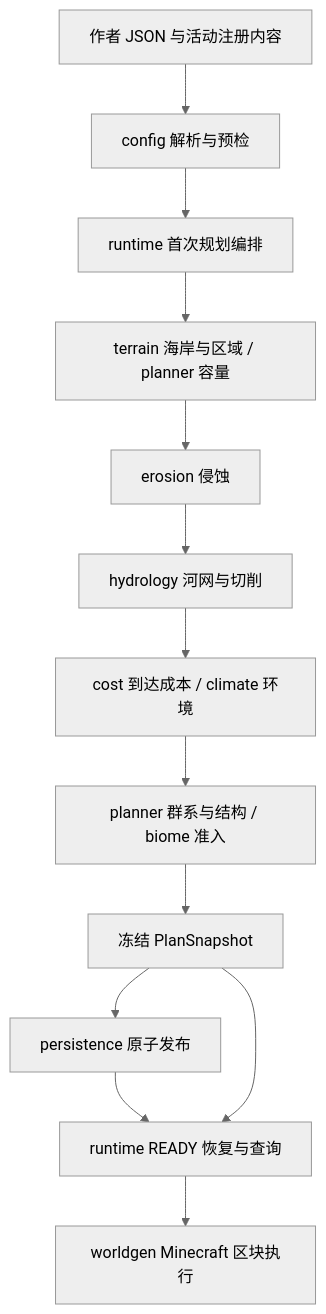
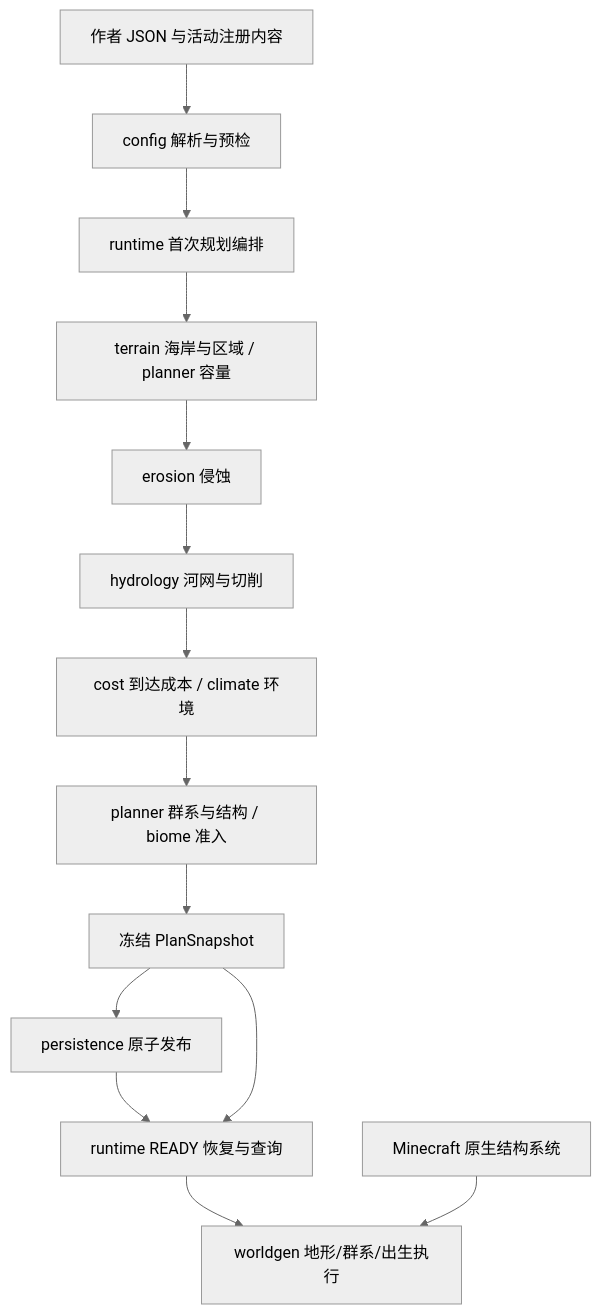
Before and after one commit to SuperUnom/AdventureWorldGen: the first of 2 diagrams in docs/architecture/overview.md, drawn with Mermaid (neutral theme). The commit also changed other lines of this file and 85 other files, not shown here.

````diff
--- a/docs/architecture/overview.md
+++ b/docs/architecture/overview.md
@@ -12,15 +13,16 @@
 ```mermaid
 flowchart TD
     A[作者 JSON 与活动注册内容] --> B[config 解析与预检]
     B --> C[runtime 首次规划编排]
     C --> D[terrain 海岸与区域 / planner 容量]
     D --> E[erosion 侵蚀]
     E --> F[hydrology 河网与切削]
     F --> G[cost 到达成本 / climate 环境]
     G --> H[planner 群系与结构 / biome 准入]
     H --> I[冻结 PlanSnapshot]
     I --> J[persistence 原子发布]
     J --> K[runtime READY 恢复与查询]
     I --> K
-    K --> L[worldgen Minecraft 区块执行]
+    K --> L[worldgen 地形/群系/出生执行]
+    M[Minecraft 原生结构系统] --> L
 ```
````
